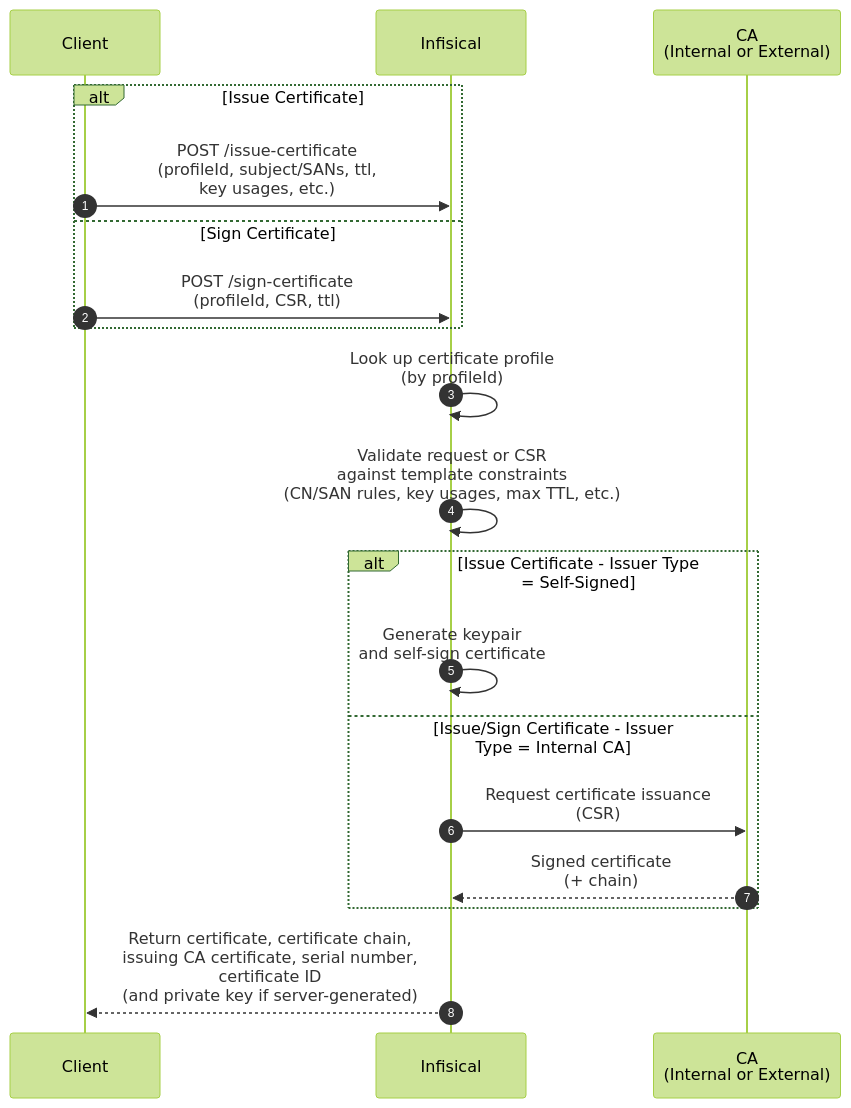
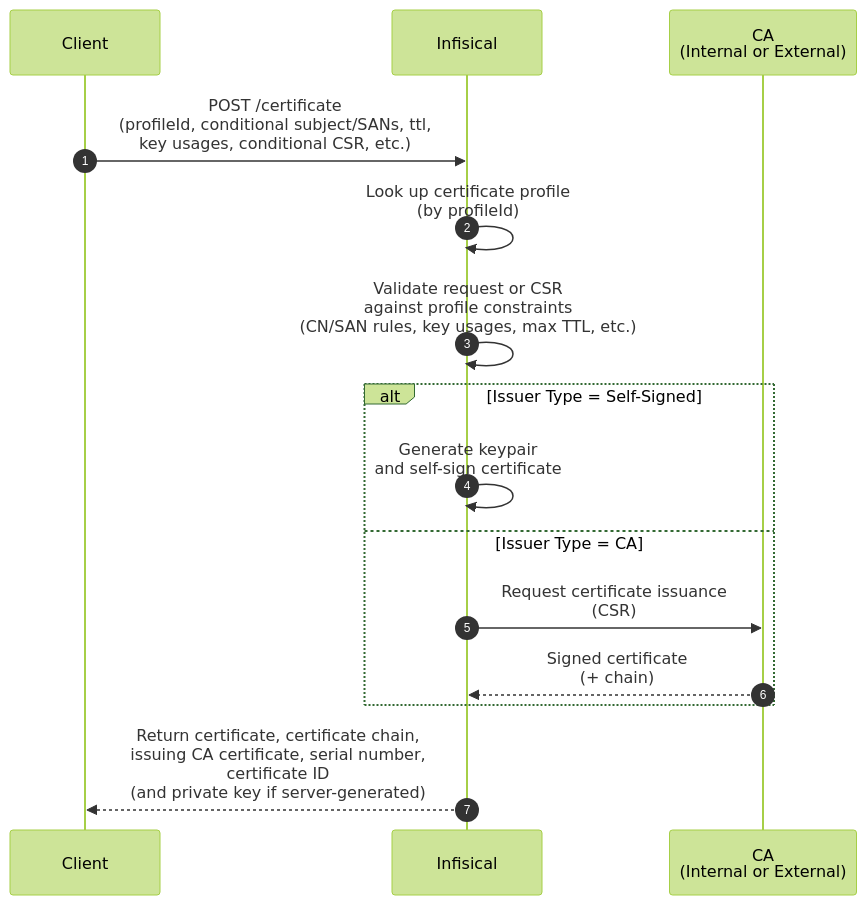
Before and after one commit to Infisical/infisical: the diagram in docs/documentation/platform/pki/guides/request-cert-api.mdx, drawn with Mermaid (forest theme). The commit also changed other lines of this file and 3 other files, not shown here.

````diff
--- a/docs/documentation/platform/pki/guides/request-cert-api.mdx
+++ b/docs/documentation/platform/pki/guides/request-cert-api.mdx
@@ -13,25 +16,21 @@
 ```mermaid
 sequenceDiagram
   autonumber
   participant Client as Client
   participant Infis as Infisical
   participant CA as CA<br/>(Internal or External)
 
-  alt Issue Certificate
-    Client->>Infis: POST /issue-certificate<br/>(profileId, subject/SANs, ttl,<br/>key usages, etc.)
-  else Sign Certificate
-    Client->>Infis: POST /sign-certificate<br/>(profileId, CSR, ttl)
-  end
+  Client->>Infis: POST /certificate<br/>(profileId, conditional subject/SANs, ttl,<br/>key usages, conditional CSR, etc.)
 
   Infis->>Infis: Look up certificate profile<br/>(by profileId)
-  Infis->>Infis: Validate request or CSR<br/>against template constraints<br/>(CN/SAN rules, key usages, max TTL, etc.)
+  Infis->>Infis: Validate request or CSR<br/>against profile constraints<br/>(CN/SAN rules, key usages, max TTL, etc.)
 
-  alt Issue Certificate - Issuer Type = Self-Signed
+  alt Issuer Type = Self-Signed
     Infis->>Infis: Generate keypair<br/>and self-sign certificate
-  else Issue/Sign Certificate - Issuer Type = Internal CA
+  else Issuer Type = CA
     Infis->>CA: Request certificate issuance<br/>(CSR)
     CA-->>Infis: Signed certificate<br/>(+ chain)
   end
 
   Infis-->>Client: Return certificate, certificate chain,<br/>issuing CA certificate, serial number,<br/>certificate ID<br/>(and private key if server-generated)
 ```
````
